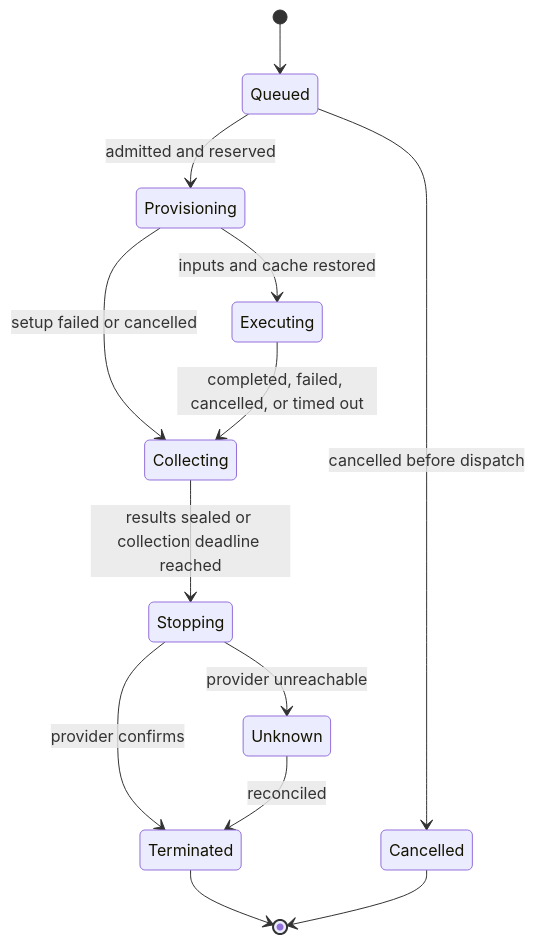
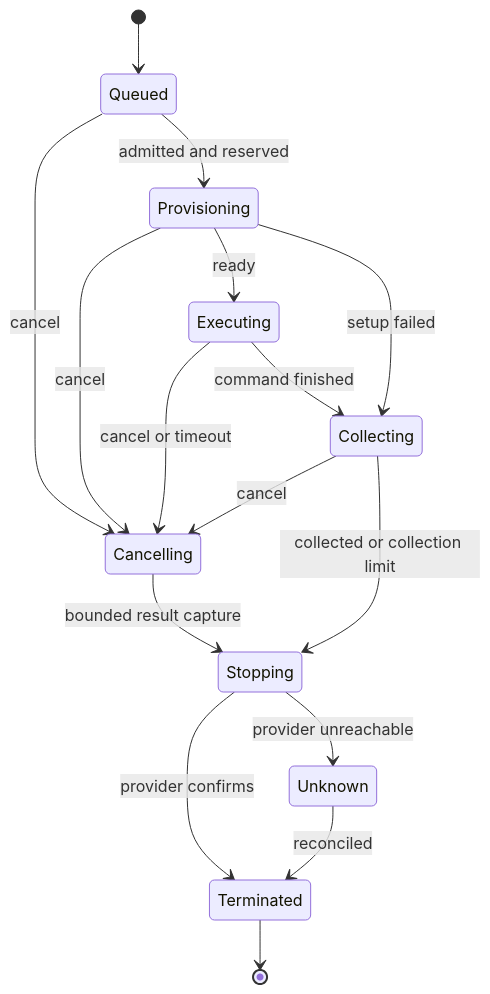
The diagram in plans/runtime-delivery/runtime.md (JazykOrg/Jazyk), drawn with Mermaid before and after one commit. The commit also changed other lines of this file and 12 other files, not shown here.

````diff
--- a/plans/runtime-delivery/runtime.md
+++ b/plans/runtime-delivery/runtime.md
@@ -95,15 +73,18 @@
 ```mermaid
 stateDiagram-v2
   [*] --> Queued
   Queued --> Provisioning: admitted and reserved
-  Queued --> Cancelled: cancelled before dispatch
-  Provisioning --> Executing: inputs and cache restored
-  Provisioning --> Collecting: setup failed or cancelled
-  Executing --> Collecting: completed, failed, cancelled, or timed out
-  Collecting --> Stopping: results sealed or collection deadline reached
+  Provisioning --> Executing: ready
+  Executing --> Collecting: command finished
+  Provisioning --> Collecting: setup failed
+  Queued --> Cancelling: cancel
+  Provisioning --> Cancelling: cancel
+  Executing --> Cancelling: cancel or timeout
+  Collecting --> Cancelling: cancel
+  Cancelling --> Stopping: bounded result capture
+  Collecting --> Stopping: collected or collection limit
   Stopping --> Terminated: provider confirms
   Stopping --> Unknown: provider unreachable
   Unknown --> Terminated: reconciled
   Terminated --> [*]
-  Cancelled --> [*]
 ```
````
